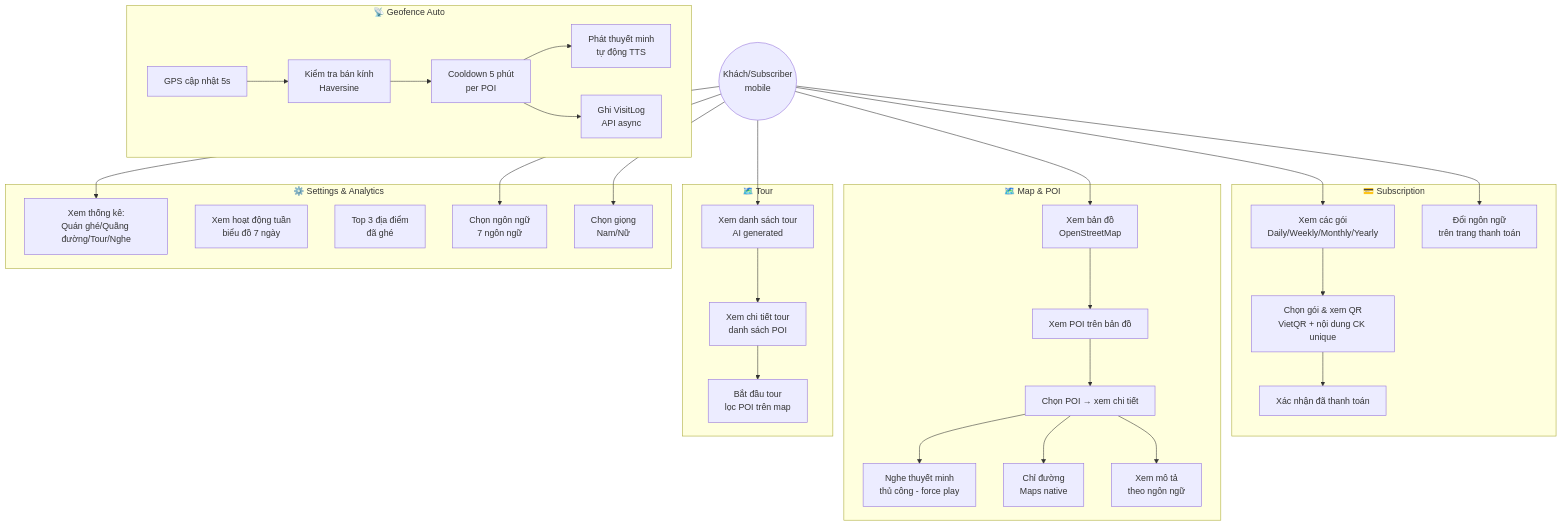
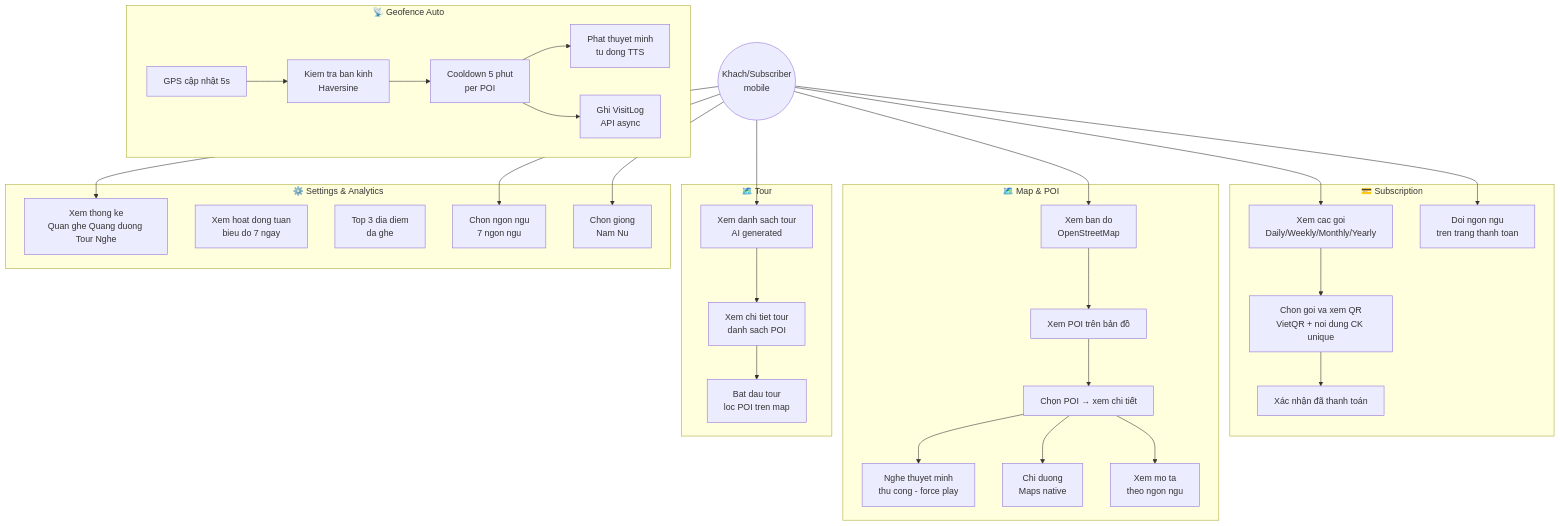
One commit to KhanhChung2k5/k_tour changed the eighth of 44 diagrams in docs/PRODUCT_REQUIREMENTS.md. Above: the diagram before and after it, drawn with Mermaid. The commit also changed other lines of this file, not shown here.

Commit message:
Fix display diagram on github

````diff
--- a/docs/PRODUCT_REQUIREMENTS.md
+++ b/docs/PRODUCT_REQUIREMENTS.md
@@ -742,57 +742,57 @@
 ```mermaid
 graph TB
-    Guest((Khách/Subscriber\nmobile))
+    Guest((Khach/Subscriber<br/>mobile))
 
     subgraph Subscription["💳 Subscription"]
-        S1[Xem các gói\nDaily/Weekly/Monthly/Yearly]
-        S2[Chọn gói & xem QR\nVietQR + nội dung CK unique]
+        S1[Xem cac goi<br/>Daily/Weekly/Monthly/Yearly]
+        S2[Chon goi va xem QR<br/>VietQR + noi dung CK unique]
         S3[Xác nhận đã thanh toán]
-        S4[Đổi ngôn ngữ\ntrên trang thanh toán]
+        S4[Doi ngon ngu<br/>tren trang thanh toan]
         S1 --> S2 --> S3
     end
 
     subgraph Map["🗺️ Map & POI"]
-        M1[Xem bản đồ\nOpenStreetMap]
+        M1[Xem ban do<br/>OpenStreetMap]
         M2[Xem POI trên bản đồ]
         M3[Chọn POI → xem chi tiết]
-        M4[Nghe thuyết minh\nthủ công - force play]
-        M5[Chỉ đường\nMaps native]
-        M6[Xem mô tả\ntheo ngôn ngữ]
+        M4[Nghe thuyet minh<br/>thu cong - force play]
+        M5[Chi duong<br/>Maps native]
+        M6[Xem mo ta<br/>theo ngon ngu]
         M1 --> M2 --> M3 --> M4
         M3 --> M5
         M3 --> M6
     end
 
     subgraph Geofence["📡 Geofence Auto"]
         G1[GPS cập nhật 5s]
-        G2[Kiểm tra bán kính\nHaversine]
-        G3[Cooldown 5 phút\nper POI]
-        G4[Phát thuyết minh\ntự động TTS]
-        G5[Ghi VisitLog\nAPI async]
+        G2[Kiem tra ban kinh<br/>Haversine]
+        G3[Cooldown 5 phut<br/>per POI]
+        G4[Phat thuyet minh<br/>tu dong TTS]
+        G5[Ghi VisitLog<br/>API async]
         G1 --> G2 --> G3 --> G4
         G3 --> G5
     end
 
     subgraph Tour["🗺️ Tour"]
-        T1[Xem danh sách tour\nAI generated]
-        T2[Xem chi tiết tour\ndanh sách POI]
-        T3[Bắt đầu tour\nlọc POI trên map]
+        T1[Xem danh sach tour<br/>AI generated]
+        T2[Xem chi tiet tour<br/>danh sach POI]
+        T3[Bat dau tour<br/>loc POI tren map]
         T1 --> T2 --> T3
     end
 
     subgraph Settings["⚙️ Settings & Analytics"]
-        A1[Xem thống kê:\nQuán ghé/Quãng đường/Tour/Nghe]
-        A2[Xem hoạt động tuần\nbiểu đồ 7 ngày]
-        A3[Top 3 địa điểm\nđã ghé]
-        A4[Chọn ngôn ngữ\n7 ngôn ngữ]
-        A5[Chọn giọng\nNam/Nữ]
+        A1[Xem thong ke<br/>Quan ghe Quang duong Tour Nghe]
+        A2[Xem hoat dong tuan<br/>bieu do 7 ngay]
+        A3[Top 3 dia diem<br/>da ghe]
+        A4[Chon ngon ngu<br/>7 ngon ngu]
+        A5[Chon giong<br/>Nam Nu]
     end
 
     Guest --> S1
     Guest --> S4
     Guest --> M1
     Guest --> T1
     Guest --> A1
     Guest --> A4
     Guest --> A5
 ```
````
